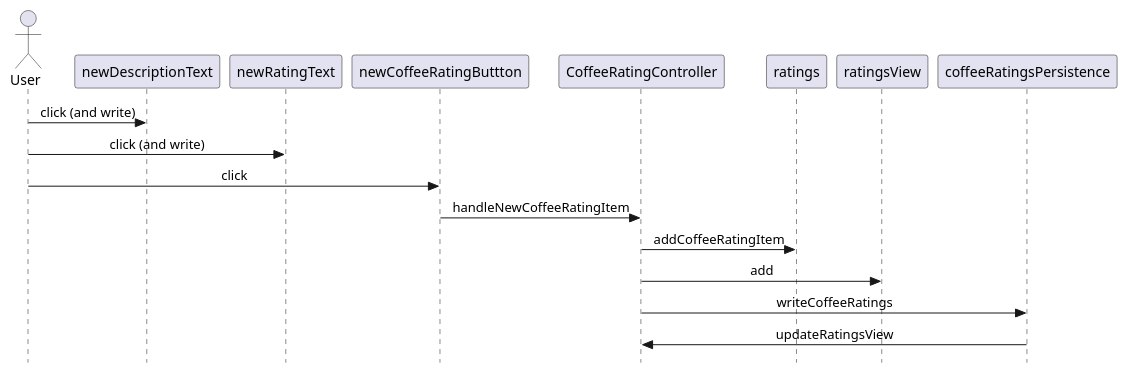
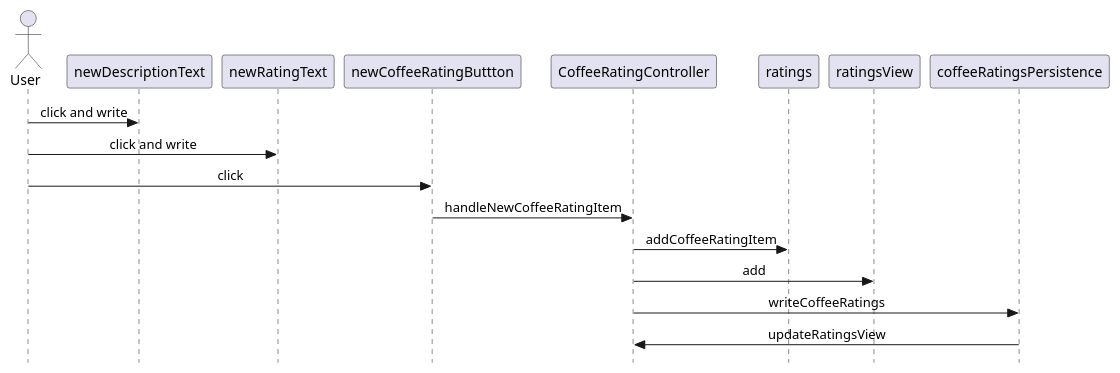
The diagram in docs/diagrams/sequence_diagram.puml (annafarestrand/informatikk_prosjektarbeid), drawn with PlantUML before and after one commit.

Commit message:
Fixed spelling

```diff
--- a/docs/diagrams/sequence_diagram.puml
+++ b/docs/diagrams/sequence_diagram.puml
@@ -1,17 +1,17 @@
 @startuml sequence_diagram
 
 skinparam Style strictuml 
 skinparam SequenceMessageAlignment center
 
 actor EndUser as "User"
 
-EndUser -> newDescriptionText : click (and write)
-EndUser -> newRatingText : click (and write)
+EndUser -> newDescriptionText : click and write
+EndUser -> newRatingText : click and write
 EndUser -> newCoffeeRatingButtton : click
 newCoffeeRatingButtton -> CoffeeRatingController : handleNewCoffeeRatingItem
 CoffeeRatingController -> ratings : addCoffeeRatingItem
 CoffeeRatingController -> ratingsView : add
 CoffeeRatingController -> coffeeRatingsPersistence : writeCoffeeRatings
 CoffeeRatingController <- coffeeRatingsPersistence : updateRatingsView
 
 @enduml
```
